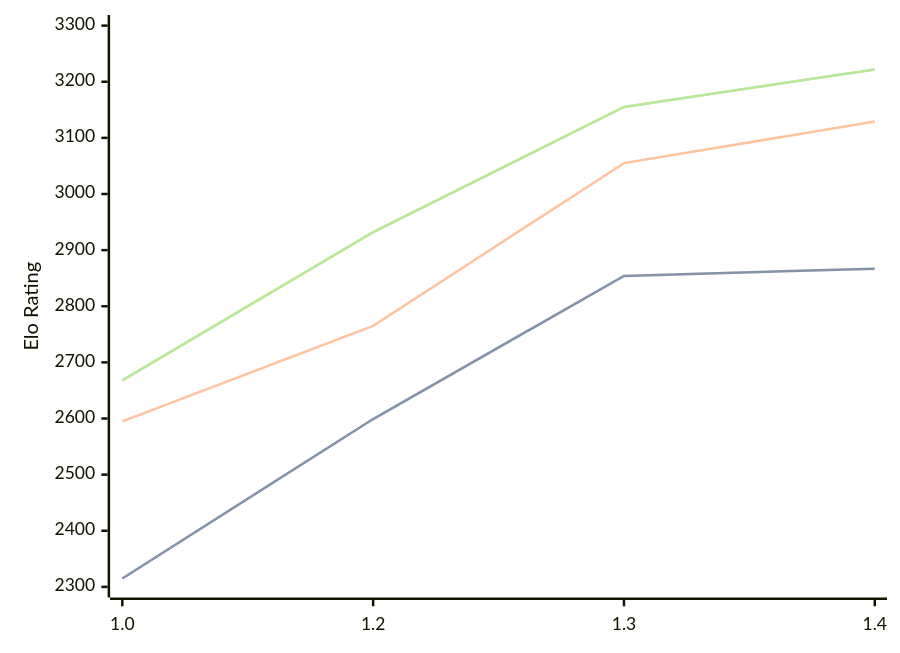
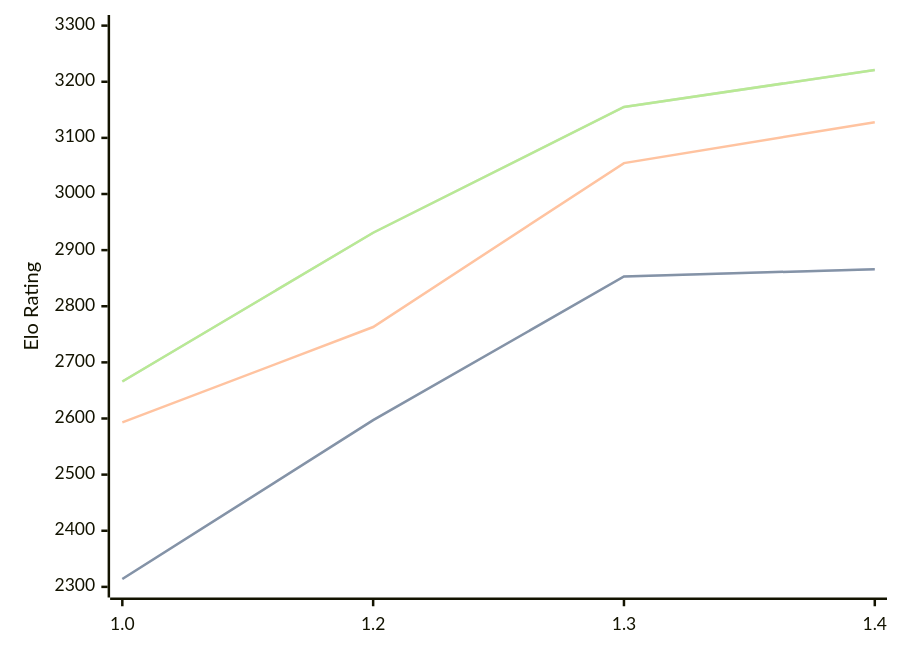
Before and after one commit to computer-chess-index/cci: the diagram in engines/Chessnix.md, drawn with Mermaid. The commit also changed other lines of this file, not shown here.

Commit message:
Update CCI Ratings (ELO VLTC) - 2026-08-11

````diff
--- a/engines/Chessnix.md
+++ b/engines/Chessnix.md
@@ -34,11 +34,11 @@
 ```mermaid
 %%{init: {"theme":"base","themeVariables":{"seriesColors:['#a3a3a3','#222221','#faa371']}}}%%
 xychart-beta
   x-axis ["1.0", "1.2", "1.3", "1.4"]
   y-axis "Elo Rating" 2300 --> 3300
-  line "STC (8.0+0.08s)" [2315, 2599, 2854, 2867]
-  line "STC (8.0+0.08s)" [2315, 2599, 2854, 2867]
-  line "LTC (60.0+0.60s)" [2595, 2765, 3055, 3129]
-  line "VLTC (2m24s+1.12s)" [2668, 2932, 3155, 3222]
-  line "VLTC (2m24s+1.12s)" [2668, 2932, 3155, 3222]
+  line "STC (8.0+0.08s)" [2314, 2597, 2853, 2866]
+  line "STC (8.0+0.08s)" [2314, 2597, 2853, 2866]
+  line "LTC (60.0+0.60s)" [2593, 2763, 3055, 3128]
+  line "VLTC (2m24s+1.12s)" [2666, 2931, 3155, 3221]
+  line "VLTC (2m24s+1.12s)" [2666, 2931, 3155, 3221]
 ```
````
